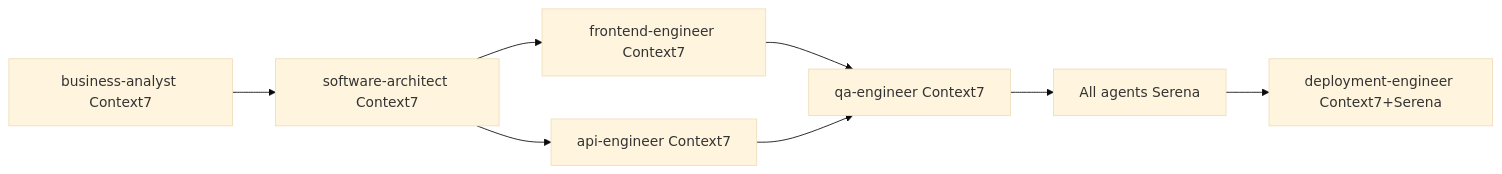
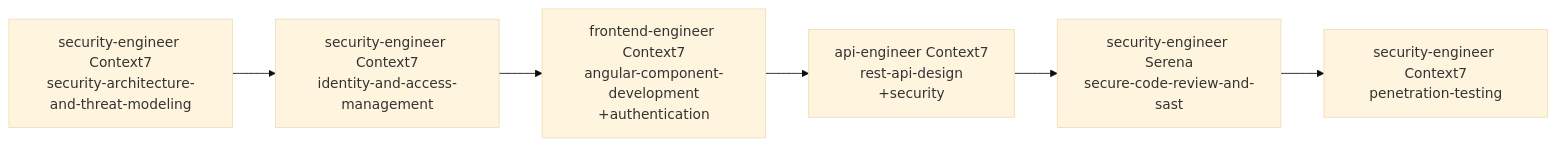
The first of 3 diagrams in .claude/docs/ai-tools-usage-guide.md (bartoszwarzocha/my_name_is_claude), drawn with Mermaid (base theme) before and after one commit. The commit also changed other lines of this file and 26 other files, not shown here.

````diff
--- a/.claude/docs/ai-tools-usage-guide.md
+++ b/.claude/docs/ai-tools-usage-guide.md
@@ -107,10 +146,8 @@
 ```mermaid
 graph LR
-    A[business-analyst Context7] --> B[software-architect Context7]
-    B --> C[frontend-engineer Context7]
-    B --> D[api-engineer Context7]
-    C --> E[qa-engineer Context7]
-    D --> E
-    E --> F[All agents Serena]
-    F --> G[deployment-engineer Context7+Serena]
+    A[security-engineer Context7<br/>security-architecture-and-threat-modeling] --> B[security-engineer Context7<br/>identity-and-access-management]
+    B --> C[frontend-engineer Context7<br/>angular-component-development<br/>+authentication]
+    C --> D[api-engineer Context7<br/>rest-api-design<br/>+security]
+    D --> E[security-engineer Serena<br/>secure-code-review-and-sast]
+    E --> F[security-engineer Context7<br/>penetration-testing]
 ```
````
